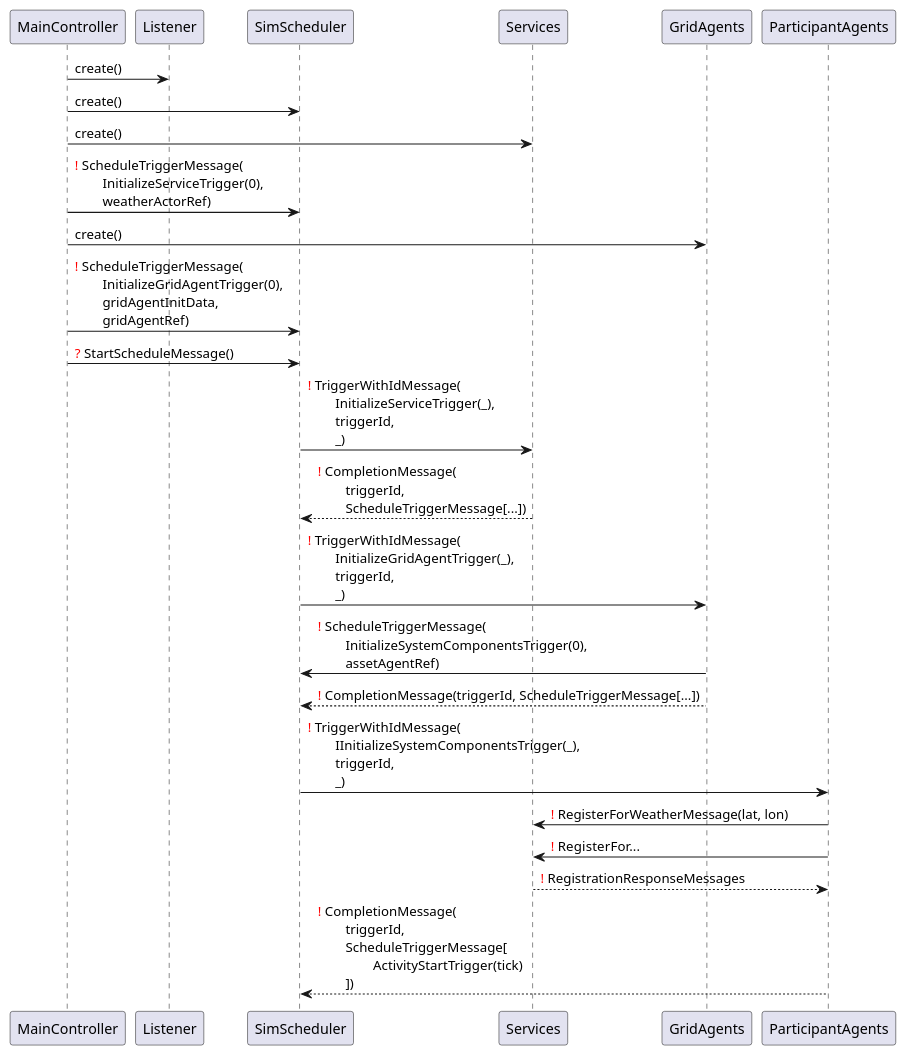
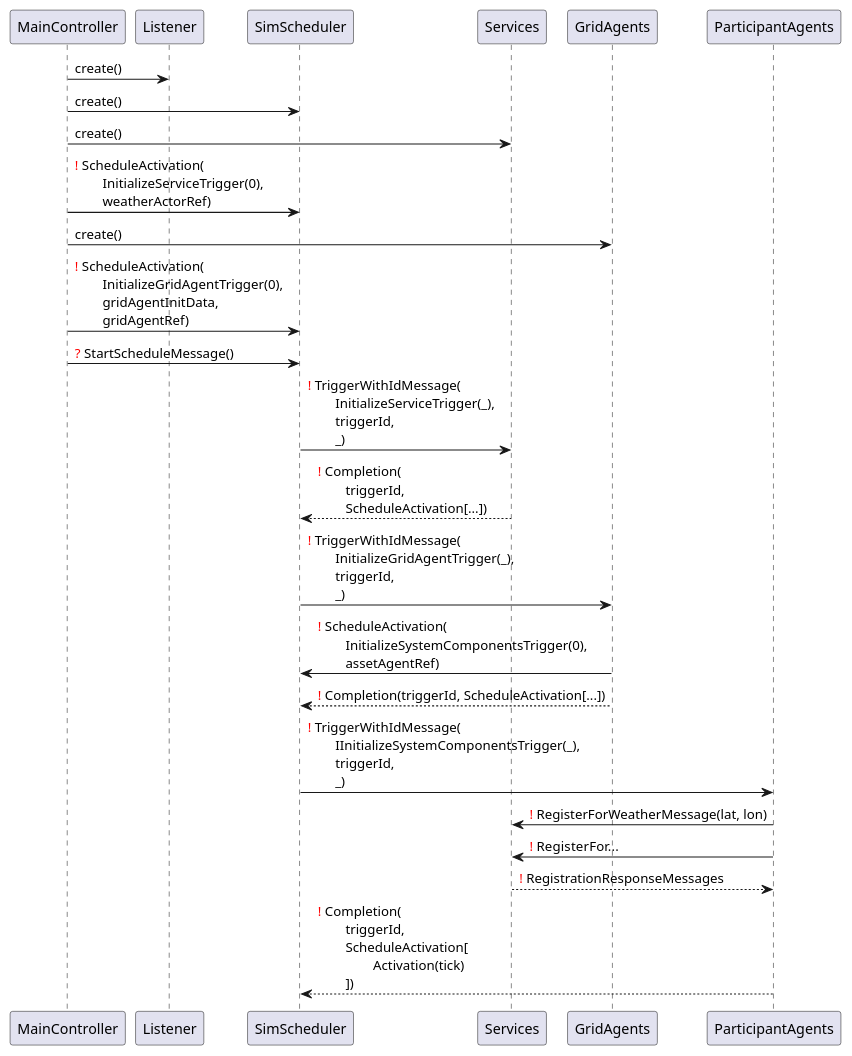
The diagram in docs/uml/protocol/InitializationPhase.puml (ie3-institute/simona), drawn with PlantUML before and after one commit. The commit also changed 6 other files, not shown here.

Commit message:
Renamed UML variables ActivityStartTrigger, ScheduleTriggerMessage, CompletionMessage

```diff
--- a/docs/uml/protocol/InitializationPhase.puml
+++ b/docs/uml/protocol/InitializationPhase.puml
@@ -1,19 +1,19 @@
 @startuml
 MainController -> Listener: create()
 MainController -> SimScheduler: create()
 MainController -> Services: create()
-MainController -> SimScheduler: <font color=red>!</font> ScheduleTriggerMessage(\n\tInitializeServiceTrigger(0),\n\tweatherActorRef)
+MainController -> SimScheduler: <font color=red>!</font> ScheduleActivation(\n\tInitializeServiceTrigger(0),\n\tweatherActorRef)
 MainController -> GridAgents: create()
-MainController -> SimScheduler: <font color=red>!</font> ScheduleTriggerMessage(\n\tInitializeGridAgentTrigger(0),\n\tgridAgentInitData,\n\tgridAgentRef)
+MainController -> SimScheduler: <font color=red>!</font> ScheduleActivation(\n\tInitializeGridAgentTrigger(0),\n\tgridAgentInitData,\n\tgridAgentRef)
 MainController -> SimScheduler: <font color=red>?</font> StartScheduleMessage()
 SimScheduler -> Services: <font color=red>!</font> TriggerWithIdMessage(\n\tInitializeServiceTrigger(_),\n\ttriggerId,\n\t_)
-Services --> SimScheduler: <font color=red>!</font> CompletionMessage(\n\ttriggerId,\n\tScheduleTriggerMessage[...])
+Services --> SimScheduler: <font color=red>!</font> Completion(\n\ttriggerId,\n\tScheduleActivation[...])
 SimScheduler -> GridAgents: <font color=red>!</font> TriggerWithIdMessage(\n\tInitializeGridAgentTrigger(_),\n\ttriggerId,\n\t_)
-GridAgents -> SimScheduler: <font color=red>!</font> ScheduleTriggerMessage(\n\tInitializeSystemComponentsTrigger(0),\n\tassetAgentRef)
-GridAgents --> SimScheduler: <font color=red>!</font> CompletionMessage(triggerId, ScheduleTriggerMessage[...])
+GridAgents -> SimScheduler: <font color=red>!</font> ScheduleActivation(\n\tInitializeSystemComponentsTrigger(0),\n\tassetAgentRef)
+GridAgents --> SimScheduler: <font color=red>!</font> Completion(triggerId, ScheduleActivation[...])
 SimScheduler -> ParticipantAgents: <font color=red>!</font> TriggerWithIdMessage(\n\tIInitializeSystemComponentsTrigger(_),\n\ttriggerId,\n\t_)
 ParticipantAgents -> Services: <font color=red>!</font> RegisterForWeatherMessage(lat, lon)
 ParticipantAgents -> Services: <font color=red>!</font> RegisterFor...
 Services --> ParticipantAgents: <font color=red>!</font> RegistrationResponseMessages
-ParticipantAgents --> SimScheduler: <font color=red>!</font> CompletionMessage(\n\ttriggerId,\n\tScheduleTriggerMessage[\n\t\tActivityStartTrigger(tick)\n\t])
+ParticipantAgents --> SimScheduler: <font color=red>!</font> Completion(\n\ttriggerId,\n\tScheduleActivation[\n\t\tActivation(tick)\n\t])
 @enduml
```
